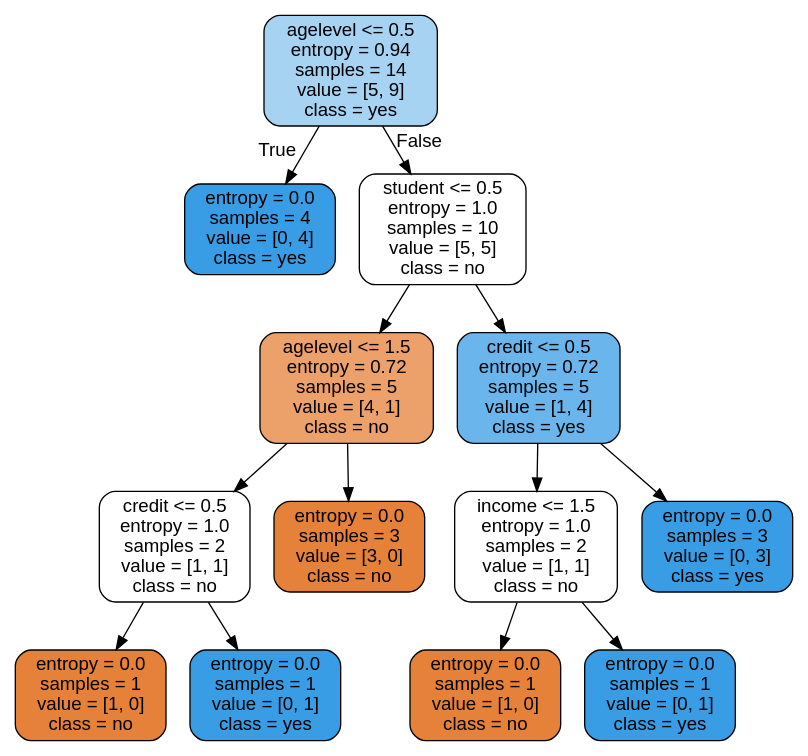
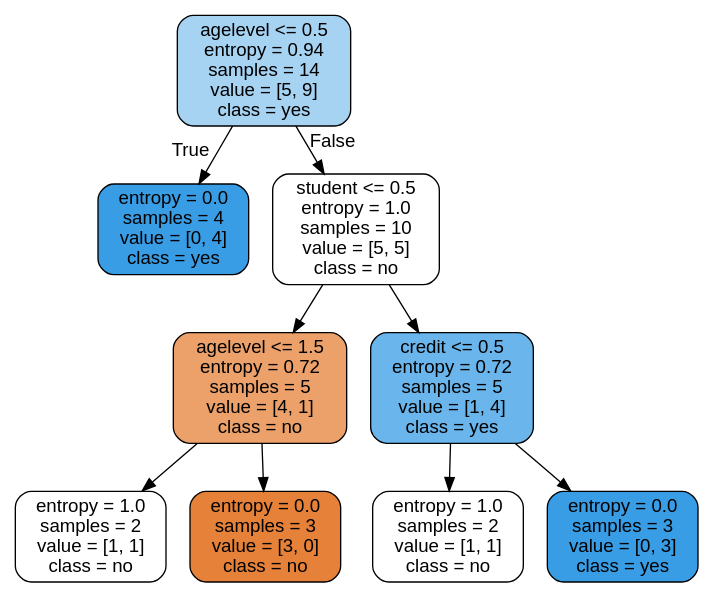
Before and after one commit to geeksajen/Datamining-Homework: the diagram in tree.dot, drawn with Graphviz. The commit also changed 12 other files, not shown here.

```diff
--- a/tree.dot
+++ b/tree.dot
@@ -1,29 +1,21 @@
 digraph Tree {
 node [shape=box, style="filled, rounded", color="black", fontname="helvetica"] ;
 edge [fontname="helvetica"] ;
 0 [label="agelevel <= 0.5\nentropy = 0.94\nsamples = 14\nvalue = [5, 9]\nclass = yes", fillcolor="#a7d3f3"] ;
 1 [label="entropy = 0.0\nsamples = 4\nvalue = [0, 4]\nclass = yes", fillcolor="#399de5"] ;
 0 -> 1 [labeldistance=2.5, labelangle=45, headlabel="True"] ;
 2 [label="student <= 0.5\nentropy = 1.0\nsamples = 10\nvalue = [5, 5]\nclass = no", fillcolor="#ffffff"] ;
 0 -> 2 [labeldistance=2.5, labelangle=-45, headlabel="False"] ;
 3 [label="agelevel <= 1.5\nentropy = 0.72\nsamples = 5\nvalue = [4, 1]\nclass = no", fillcolor="#eca06a"] ;
 2 -> 3 ;
-4 [label="credit <= 0.5\nentropy = 1.0\nsamples = 2\nvalue = [1, 1]\nclass = no", fillcolor="#ffffff"] ;
+4 [label="entropy = 1.0\nsamples = 2\nvalue = [1, 1]\nclass = no", fillcolor="#ffffff"] ;
 3 -> 4 ;
-5 [label="entropy = 0.0\nsamples = 1\nvalue = [1, 0]\nclass = no", fillcolor="#e58139"] ;
-4 -> 5 ;
-6 [label="entropy = 0.0\nsamples = 1\nvalue = [0, 1]\nclass = yes", fillcolor="#399de5"] ;
-4 -> 6 ;
-7 [label="entropy = 0.0\nsamples = 3\nvalue = [3, 0]\nclass = no", fillcolor="#e58139"] ;
-3 -> 7 ;
-8 [label="credit <= 0.5\nentropy = 0.72\nsamples = 5\nvalue = [1, 4]\nclass = yes", fillcolor="#6ab6ec"] ;
-2 -> 8 ;
-9 [label="income <= 1.5\nentropy = 1.0\nsamples = 2\nvalue = [1, 1]\nclass = no", fillcolor="#ffffff"] ;
-8 -> 9 ;
-10 [label="entropy = 0.0\nsamples = 1\nvalue = [1, 0]\nclass = no", fillcolor="#e58139"] ;
-9 -> 10 ;
-11 [label="entropy = 0.0\nsamples = 1\nvalue = [0, 1]\nclass = yes", fillcolor="#399de5"] ;
-9 -> 11 ;
-12 [label="entropy = 0.0\nsamples = 3\nvalue = [0, 3]\nclass = yes", fillcolor="#399de5"] ;
-8 -> 12 ;
+5 [label="entropy = 0.0\nsamples = 3\nvalue = [3, 0]\nclass = no", fillcolor="#e58139"] ;
+3 -> 5 ;
+6 [label="credit <= 0.5\nentropy = 0.72\nsamples = 5\nvalue = [1, 4]\nclass = yes", fillcolor="#6ab6ec"] ;
+2 -> 6 ;
+7 [label="entropy = 1.0\nsamples = 2\nvalue = [1, 1]\nclass = no", fillcolor="#ffffff"] ;
+6 -> 7 ;
+8 [label="entropy = 0.0\nsamples = 3\nvalue = [0, 3]\nclass = yes", fillcolor="#399de5"] ;
+6 -> 8 ;
 }
```
